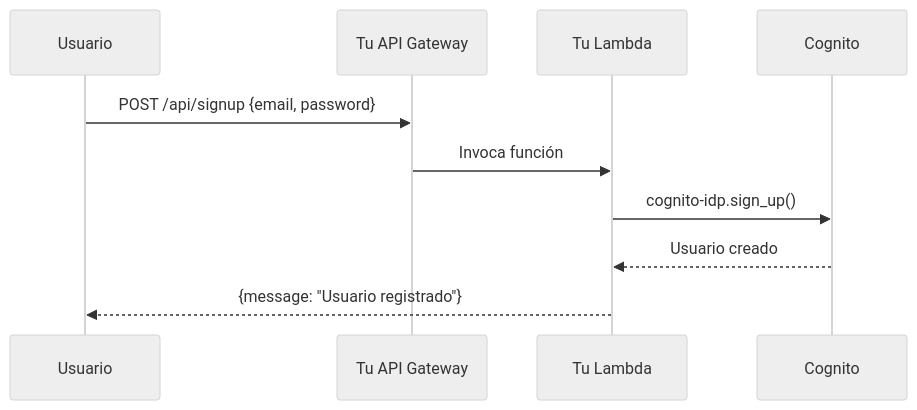
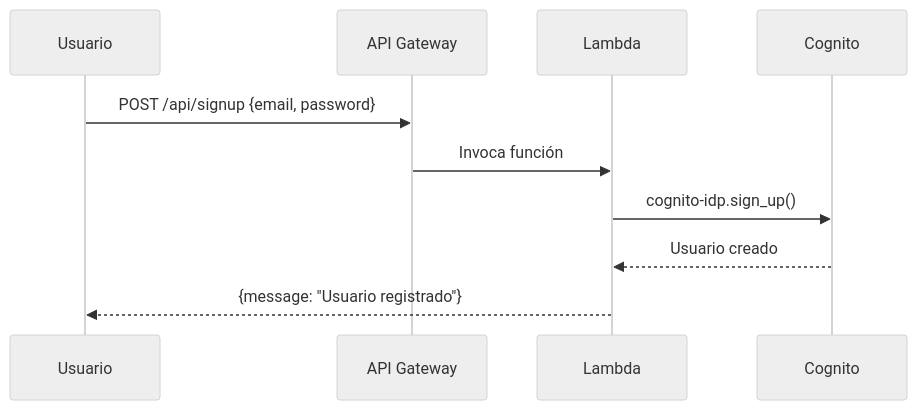
One commit to TheNefelin/TalentoDigital_CloudArchitecture_2025 changed the diagram in Portafolio/M7/Portafolio_Proyecto_Microservicios_Orquestados.md. Above: the diagram before and after it, drawn with Mermaid (neutral theme). The commit also changed other lines of this file and 10 other files, not shown here.

````diff
--- a/Portafolio/M7/Portafolio_Proyecto_Microservicios_Orquestados.md
+++ b/Portafolio/M7/Portafolio_Proyecto_Microservicios_Orquestados.md
@@ -99,13 +100,13 @@
 ```Mermaid
 sequenceDiagram
     participant User as Usuario
-    participant App as Tu API Gateway
-    participant Lambda as Tu Lambda
+    participant App as API Gateway
+    participant Lambda as Lambda
     participant Cognito
 
     User->>App: POST /api/signup {email, password}
     App->>Lambda: Invoca función
     Lambda->>Cognito: cognito-idp.sign_up()
     Cognito-->>Lambda: Usuario creado
     Lambda-->>User: {message: "Usuario registrado"}
 ```
````
